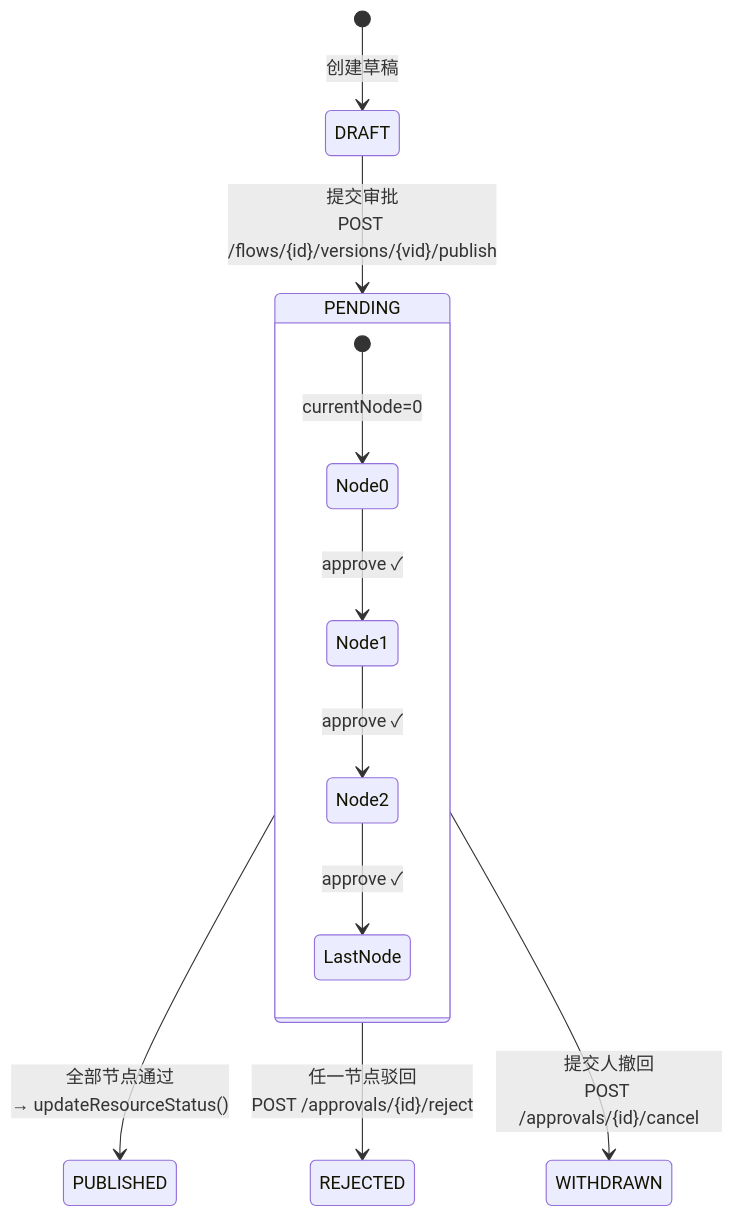
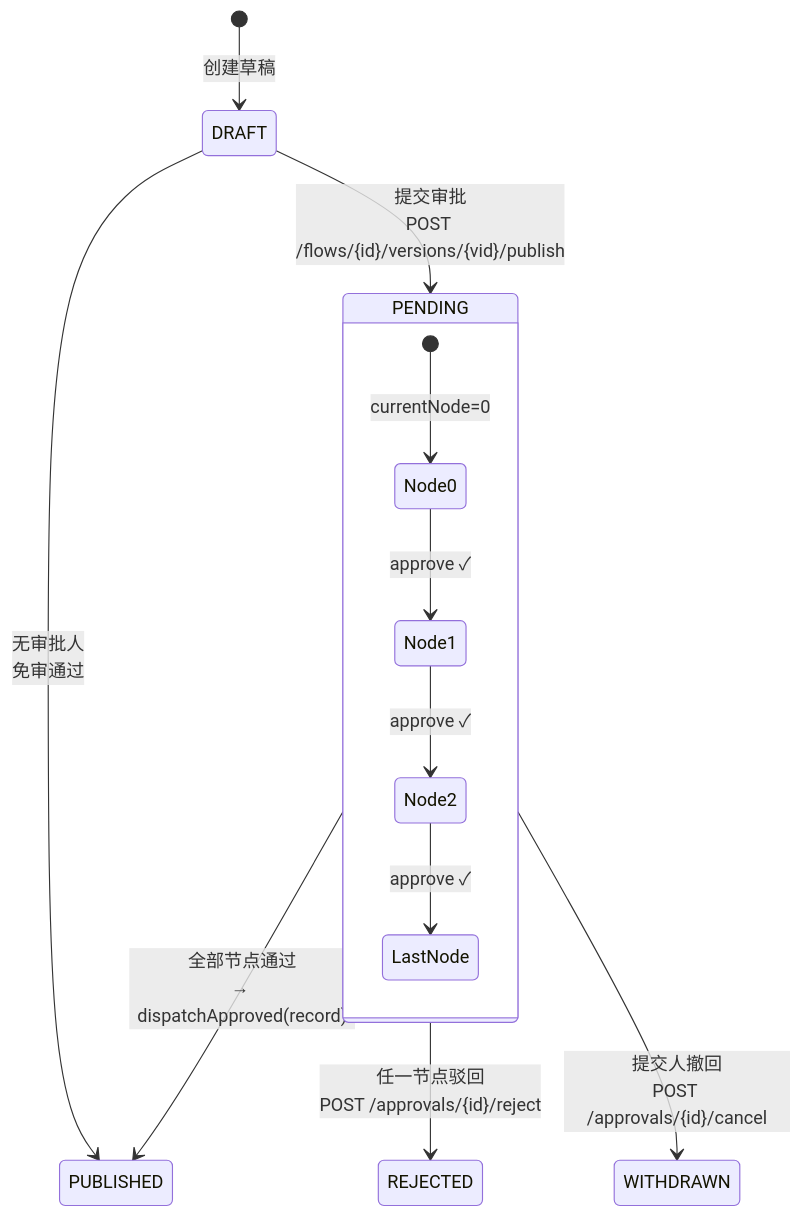
Before and after one commit to THZSummer/open-app: the second of 5 diagrams in .sddu/specs-tree-root/specs-tree-connector-platform-v3/plan-approval.md, drawn with Mermaid. The commit also changed other lines of this file and 1 other file, not shown here.

````diff
--- a/.sddu/specs-tree-root/specs-tree-connector-platform-v3/plan-approval.md
+++ b/.sddu/specs-tree-root/specs-tree-connector-platform-v3/plan-approval.md
@@ -260,16 +260,17 @@
 ```mermaid
 stateDiagram-v2
     [*] --> DRAFT: 创建草稿
     DRAFT --> PENDING: 提交审批<br>POST /flows/{id}/versions/{vid}/publish
+    DRAFT --> PUBLISHED: 无审批人<br>免审通过
 
     state PENDING {
         [*] --> Node0: currentNode=0
         Node0 --> Node1: approve ✓
         Node1 --> Node2: approve ✓
         Node2 --> LastNode: approve ✓
     }
 
-    PENDING --> PUBLISHED: 全部节点通过<br>→ updateResourceStatus()
+    PENDING --> PUBLISHED: 全部节点通过<br>→ dispatchApproved(record)
     PENDING --> REJECTED: 任一节点驳回<br>POST /approvals/{id}/reject
     PENDING --> WITHDRAWN: 提交人撤回<br>POST /approvals/{id}/cancel
 ```
````
